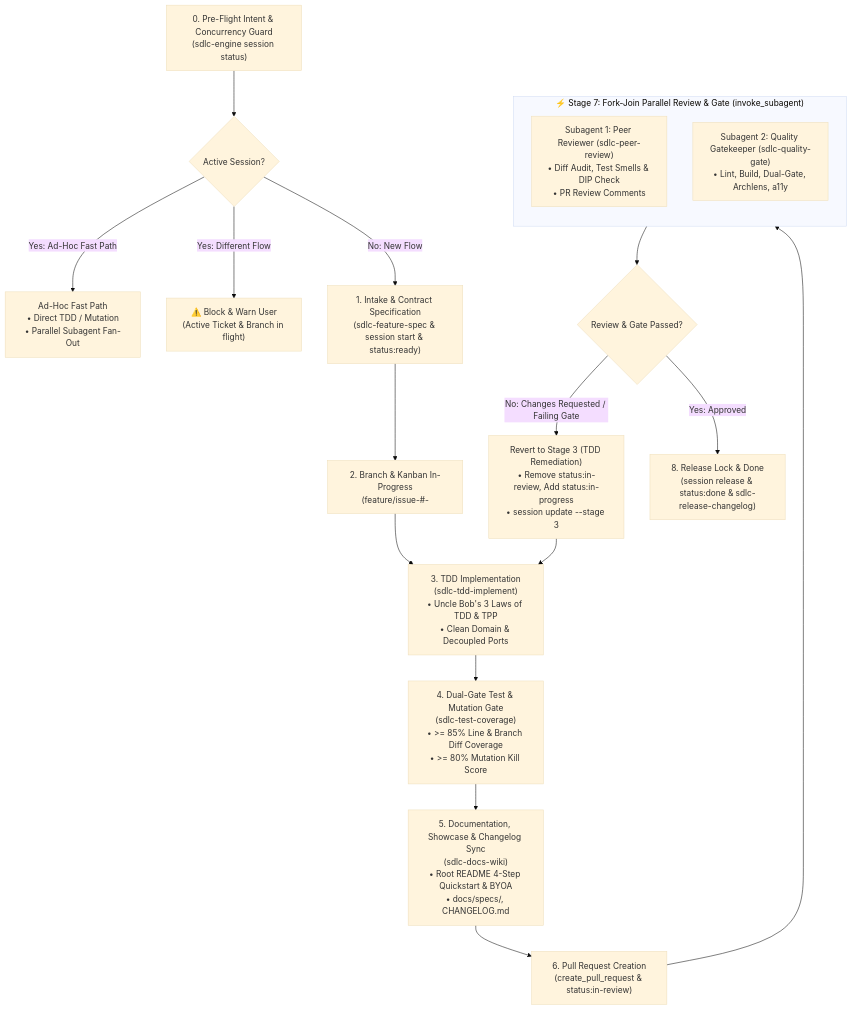
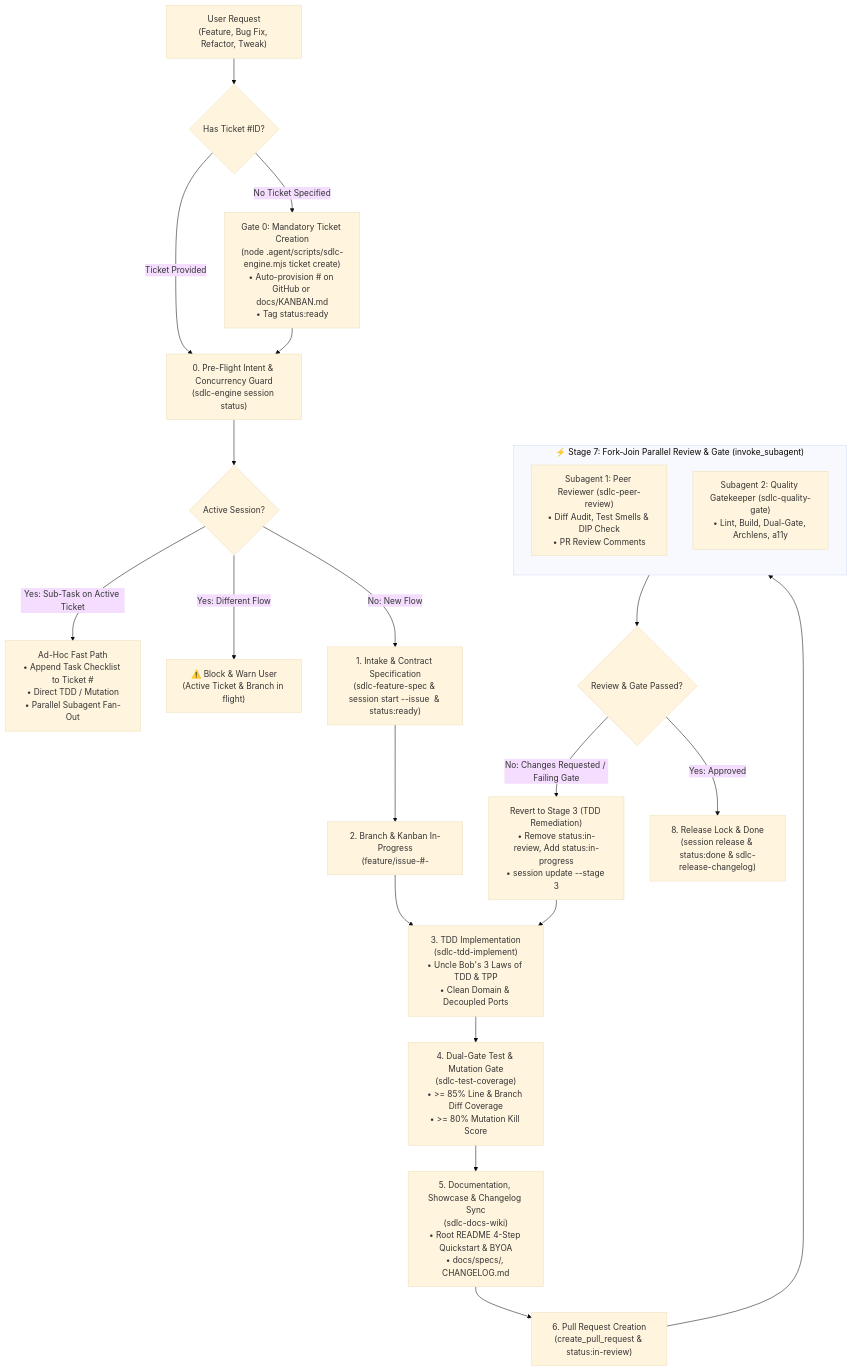
The diagram in .agent/skills/sdlc-flow/SKILL.md (fmatar/sealit), drawn with Mermaid (base theme) before and after one commit. The commit also changed other lines of this file and 4 other files, not shown here.

Commit message:
feat(sdlc-flow): enforce mandatory ticket invariant and auto-provisioning before execution

````diff
--- a/.agent/skills/sdlc-flow/SKILL.md
+++ b/.agent/skills/sdlc-flow/SKILL.md
@@ -17,26 +17,31 @@
 ```mermaid
 flowchart TD
+    UserReq["User Request\n(Feature, Bug Fix, Refactor, Tweak)"] --> TicketGuard{Has Ticket #ID?}
+    TicketGuard -->|No Ticket Specified| AutoTicket["Gate 0: Mandatory Ticket Creation\n(node .agent/scripts/sdlc-engine.mjs ticket create)\n• Auto-provision #<id> on GitHub or docs/KANBAN.md\n• Tag status:ready"]
+    TicketGuard -->|Ticket Provided| PreFlight
+    AutoTicket --> PreFlight
+
     PreFlight["0. Pre-Flight Intent & Concurrency Guard\n(sdlc-engine session status)"] --> BranchIntent{Active Session?}
     
-    BranchIntent -->|Yes: Ad-Hoc Fast Path| AdHocFast["Ad-Hoc Fast Path\n• Direct TDD / Mutation\n• Parallel Subagent Fan-Out"]
+    BranchIntent -->|Yes: Sub-Task on Active Ticket| AdHocFast["Ad-Hoc Fast Path\n• Append Task Checklist to Ticket #<id>\n• Direct TDD / Mutation\n• Parallel Subagent Fan-Out"]
     BranchIntent -->|Yes: Different Flow| BlockPrompt["⚠️ Block & Warn User\n(Active Ticket & Branch in flight)"]
-    BranchIntent -->|No: New Flow| S1["1. Intake & Contract Specification\n(sdlc-feature-spec & session start & status:ready)"]
+    BranchIntent -->|No: New Flow| S1["1. Intake & Contract Specification\n(sdlc-feature-spec & session start --issue <id> & status:ready)"]
 
     S1 --> S2["2. Branch & Kanban In-Progress\n(feature/issue-#<id>-<title> & status:in-progress)"]
     S2 --> S3["3. TDD Implementation\n(sdlc-tdd-implement)\n• Uncle Bob's 3 Laws of TDD & TPP\n• Clean Domain & Decoupled Ports"]
     S3 --> S4["4. Dual-Gate Test & Mutation Gate\n(sdlc-test-coverage)\n• >= 85% Line & Branch Diff Coverage\n• >= 80% Mutation Kill Score"]
     S4 --> S5["5. Documentation, Showcase & Changelog Sync\n(sdlc-docs-wiki)\n• Root README 4-Step Quickstart & BYOA\n• docs/specs/, CHANGELOG.md"]
     S5 --> S6["6. Pull Request Creation\n(create_pull_request & status:in-review)"]
     
     subgraph ParallelForkJoin ["⚡ Stage 7: Fork-Join Parallel Review & Gate (invoke_subagent)"]
         direction TB
         F1["Subagent 1: Peer Reviewer (sdlc-peer-review)\n• Diff Audit, Test Smells & DIP Check\n• PR Review Comments"]
         F2["Subagent 2: Quality Gatekeeper (sdlc-quality-gate)\n• Lint, Build, Dual-Gate, Archlens, a11y"]
     end
     
     S6 --> ParallelForkJoin
     ParallelForkJoin --> ReviewGateCheck{Review & Gate Passed?}
     ReviewGateCheck -->|No: Changes Requested / Failing Gate| RevertLoop["Revert to Stage 3 (TDD Remediation)\n• Remove status:in-review, Add status:in-progress\n• session update --stage 3"]
     RevertLoop --> S3
     ReviewGateCheck -->|Yes: Approved| Done["8. Release Lock & Done\n(session release & status:done & sdlc-release-changelog)"]
 ```
````
